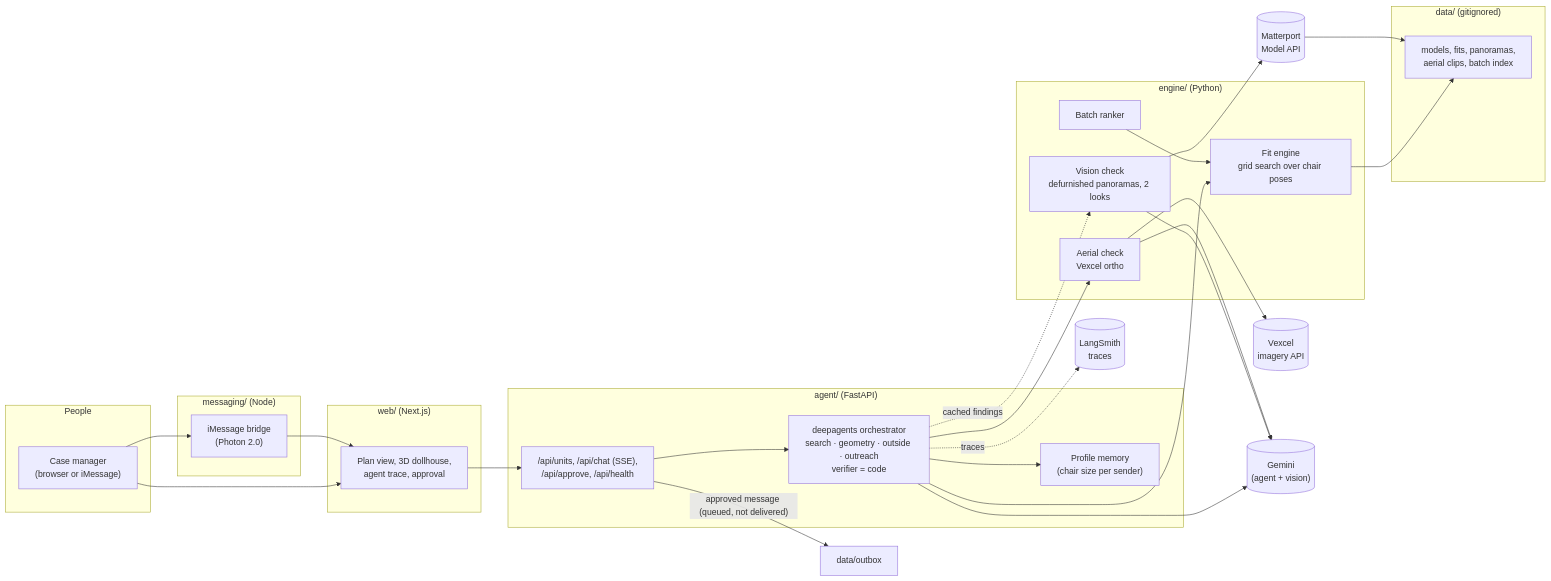
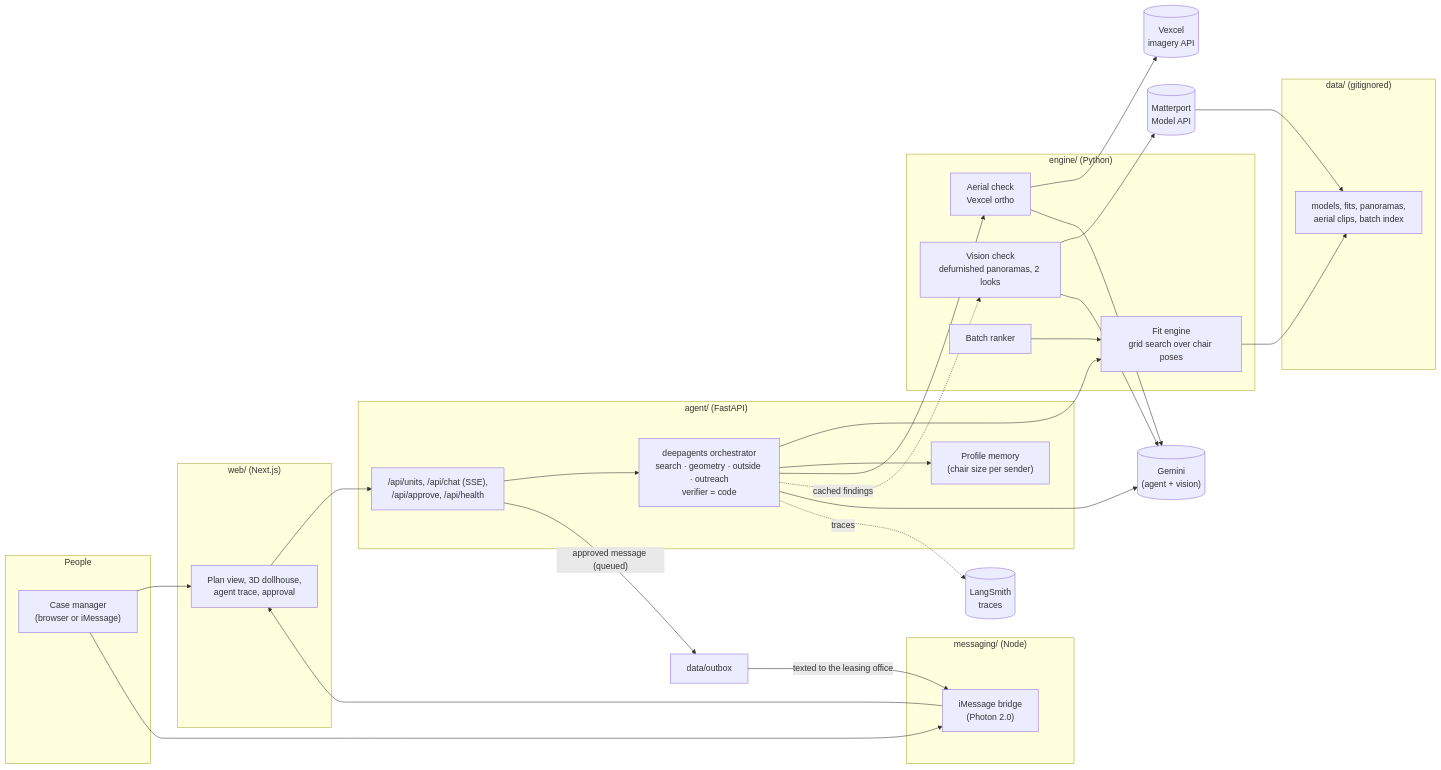
The diagram in README.md (AayushDeherkar/rollin-ai), drawn with Mermaid before and after one commit. The commit also changed other lines of this file and 1 other file, not shown here.

Commit message:
a: README: the bridge delivers approved messages; create a venv first (#35)

````diff
--- a/README.md
+++ b/README.md
@@ -22,47 +22,48 @@
 ```mermaid
 flowchart LR
   subgraph People
     CM["Case manager<br/>(browser or iMessage)"]
   end
   subgraph web["web/ (Next.js)"]
     UI["Plan view, 3D dollhouse,<br/>agent trace, approval"]
   end
   subgraph msg["messaging/ (Node)"]
     BR["iMessage bridge<br/>(Photon 2.0)"]
   end
   subgraph api["agent/ (FastAPI)"]
     SRV["/api/units, /api/chat (SSE),<br/>/api/approve, /api/health"]
     AG["deepagents orchestrator<br/>search · geometry · outside · outreach<br/>verifier = code"]
     MEM["Profile memory<br/>(chair size per sender)"]
   end
   subgraph engine["engine/ (Python)"]
     FIT["Fit engine<br/>grid search over chair poses"]
     VIS["Vision check<br/>defurnished panoramas, 2 looks"]
     AER["Aerial check<br/>Vexcel ortho"]
     BAT["Batch ranker"]
   end
   subgraph data["data/ (gitignored)"]
     CACHE["models, fits, panoramas,<br/>aerial clips, batch index"]
   end
   MP[("Matterport<br/>Model API")]
   VX[("Vexcel<br/>imagery API")]
   LLM[("Gemini<br/>(agent + vision)")]
   LS[("LangSmith<br/>traces")]
 
   CM --> UI --> SRV
   CM --> BR --> UI
   SRV --> AG --> FIT
   AG --> MEM
   AG --> AER
   AG -. cached findings .-> VIS
   FIT --> CACHE
   BAT --> FIT
   MP --> CACHE
   VIS --> MP
   AER --> VX
   AG --> LLM
   VIS --> LLM
   AER --> LLM
   AG -. traces .-> LS
-  SRV -- "approved message (queued, not delivered)" --> OUT["data/outbox"]
+  SRV -- "approved message (queued)" --> OUT["data/outbox"]
+  OUT -- "texted to the leasing office" --> BR
 ```
````
